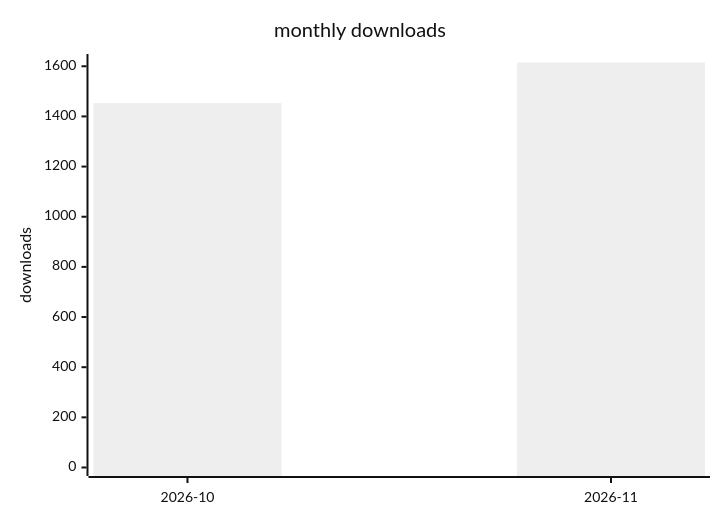
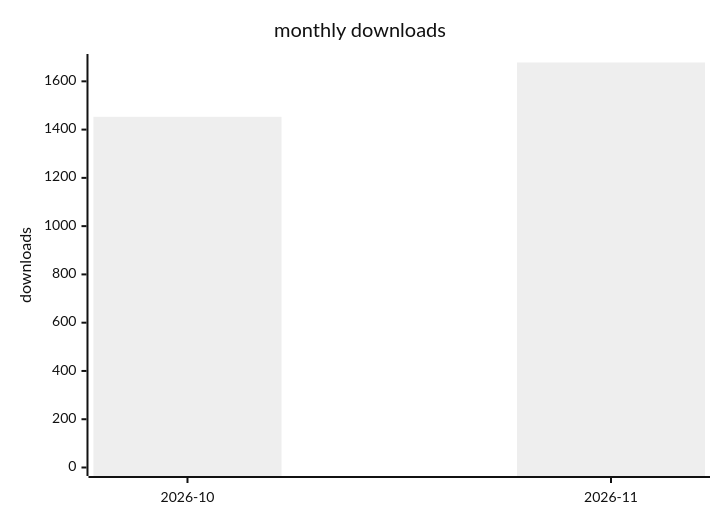
One commit to terry2010/dsh-loop-recover changed the second of 2 diagrams in docs/downloads-2026.md. Above: the diagram before and after it, drawn with Mermaid (neutral theme). The commit also changed other lines of this file and 1 other file, not shown here.

````diff
--- a/docs/downloads-2026.md
+++ b/docs/downloads-2026.md
@@ -29,7 +29,7 @@
 ```mermaid
 xychart-beta
     title "monthly downloads"
     x-axis ["2026-10", "2026-11"]
-    y-axis "downloads" 0 --> 1615
-    bar [1453, 1615]
+    y-axis "downloads" 0 --> 1678
+    bar [1453, 1678]
 ```
````
